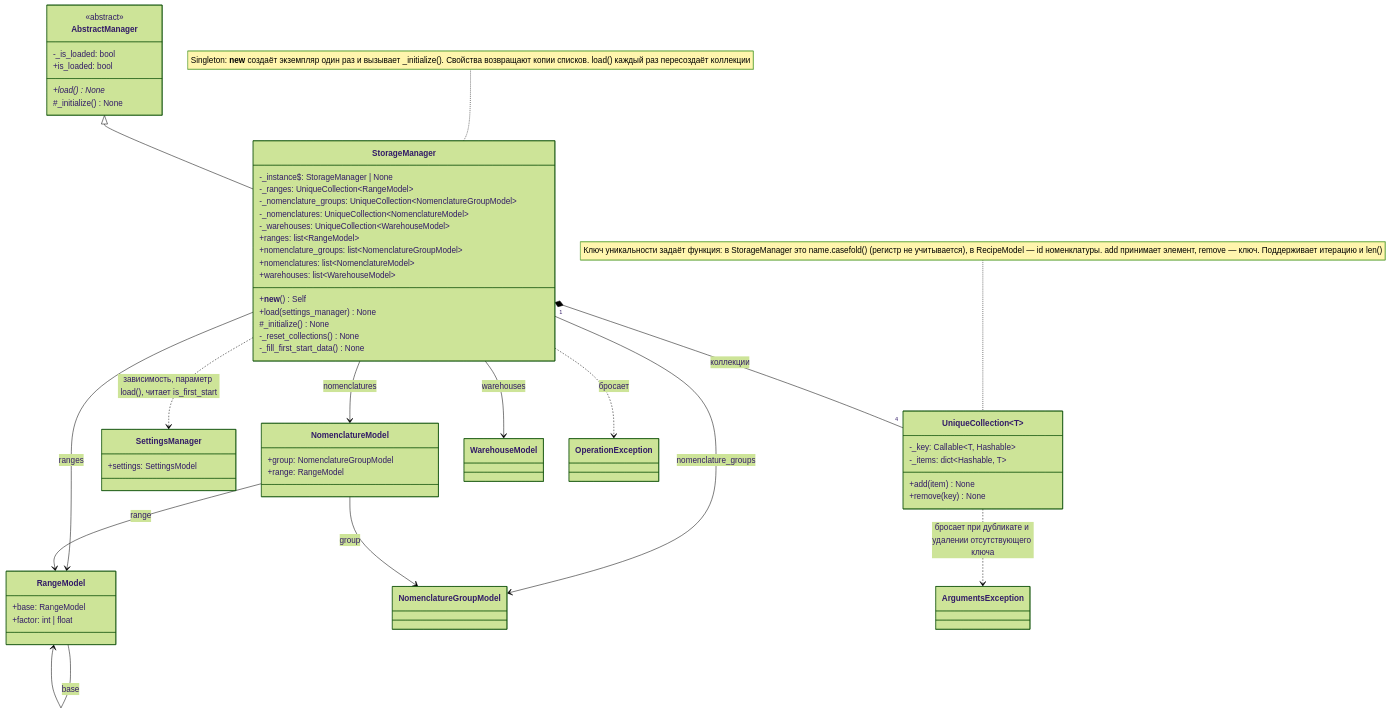
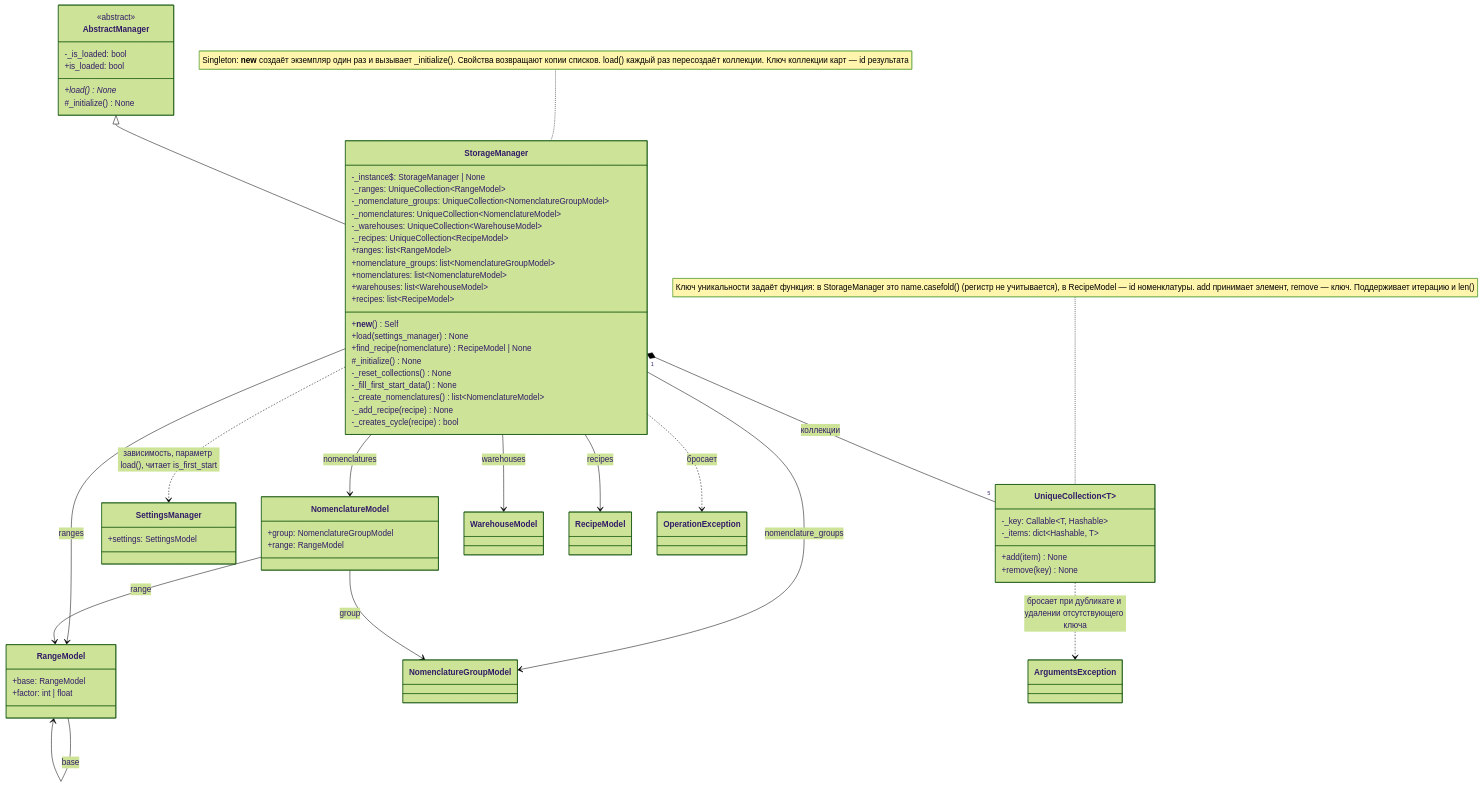
The fourth of 4 diagrams in Docs/ClassDiagram.md (asutenshi/design-patterns), drawn with Mermaid (forest theme) before and after one commit. The commit also changed other lines of this file and 5 other files, not shown here.

````diff
--- a/Docs/ClassDiagram.md
+++ b/Docs/ClassDiagram.md
@@ -321,72 +325,80 @@
 ```mermaid
 classDiagram
     direction TB
 
     class AbstractManager {
         <<abstract>>
         -_is_loaded: bool
         +is_loaded: bool
         +load()* None
         #_initialize() None
     }
 
     class StorageManager {
         -_instance$: StorageManager | None
         -_ranges: UniqueCollection~RangeModel~
         -_nomenclature_groups: UniqueCollection~NomenclatureGroupModel~
         -_nomenclatures: UniqueCollection~NomenclatureModel~
         -_warehouses: UniqueCollection~WarehouseModel~
+        -_recipes: UniqueCollection~RecipeModel~
         +ranges: list~RangeModel~
         +nomenclature_groups: list~NomenclatureGroupModel~
         +nomenclatures: list~NomenclatureModel~
         +warehouses: list~WarehouseModel~
+        +recipes: list~RecipeModel~
         +__new__() Self
         +load(settings_manager) None
+        +find_recipe(nomenclature) RecipeModel | None
         #_initialize() None
         -_reset_collections() None
         -_fill_first_start_data() None
+        -_create_nomenclatures() list~NomenclatureModel~
+        -_add_recipe(recipe) None
+        -_creates_cycle(recipe) bool
     }
 
-    note for StorageManager "Singleton: __new__ создаёт экземпляр один раз и вызывает _initialize(). Свойства возвращают копии списков. load() каждый раз пересоздаёт коллекции"
+    note for StorageManager "Singleton: __new__ создаёт экземпляр один раз и вызывает _initialize(). Свойства возвращают копии списков. load() каждый раз пересоздаёт коллекции. Ключ коллекции карт — id результата"
 
     class UniqueCollection~T~ {
         -_key: Callable~T, Hashable~
         -_items: dict~Hashable, T~
         +add(item) None
         +remove(key) None
     }
 
     note for UniqueCollection "Ключ уникальности задаёт функция: в StorageManager это name.casefold() (регистр не учитывается), в RecipeModel — id номенклатуры. add принимает элемент, remove — ключ. Поддерживает итерацию и len()"
 
     class SettingsManager {
         +settings: SettingsModel
     }
 
     class RangeModel {
         +base: RangeModel
         +factor: int | float
     }
 
     class NomenclatureModel {
         +group: NomenclatureGroupModel
         +range: RangeModel
     }
 
     class NomenclatureGroupModel
     class WarehouseModel
+    class RecipeModel
     class ArgumentsException
     class OperationException
 
     AbstractManager <|-- StorageManager
-    StorageManager "1" *-- "4" UniqueCollection : коллекции
+    StorageManager "1" *-- "5" UniqueCollection : коллекции
     StorageManager ..> SettingsManager : зависимость, параметр load(), читает is_first_start
     StorageManager --> RangeModel : ranges
     StorageManager --> NomenclatureGroupModel : nomenclature_groups
     StorageManager --> NomenclatureModel : nomenclatures
     StorageManager --> WarehouseModel : warehouses
+    StorageManager --> RecipeModel : recipes
     NomenclatureModel --> NomenclatureGroupModel : group
     NomenclatureModel --> RangeModel : range
     RangeModel --> RangeModel : base
     UniqueCollection ..> ArgumentsException : бросает при дубликате и удалении отсутствующего ключа
     StorageManager ..> OperationException : бросает
 ```
````
